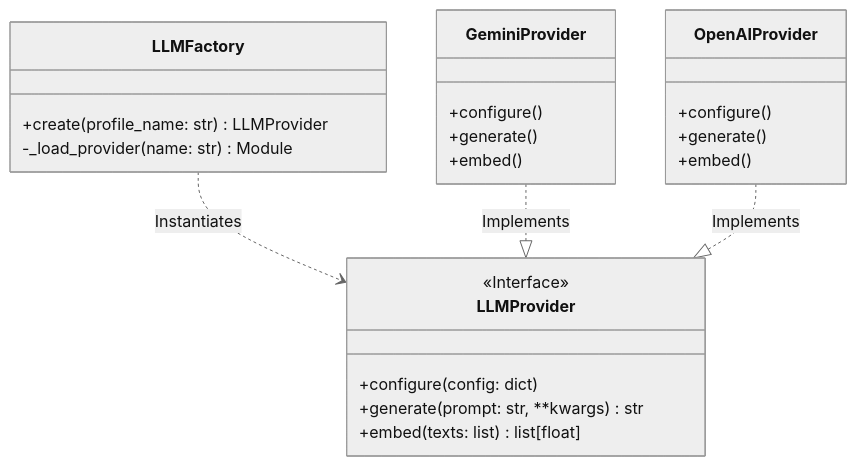
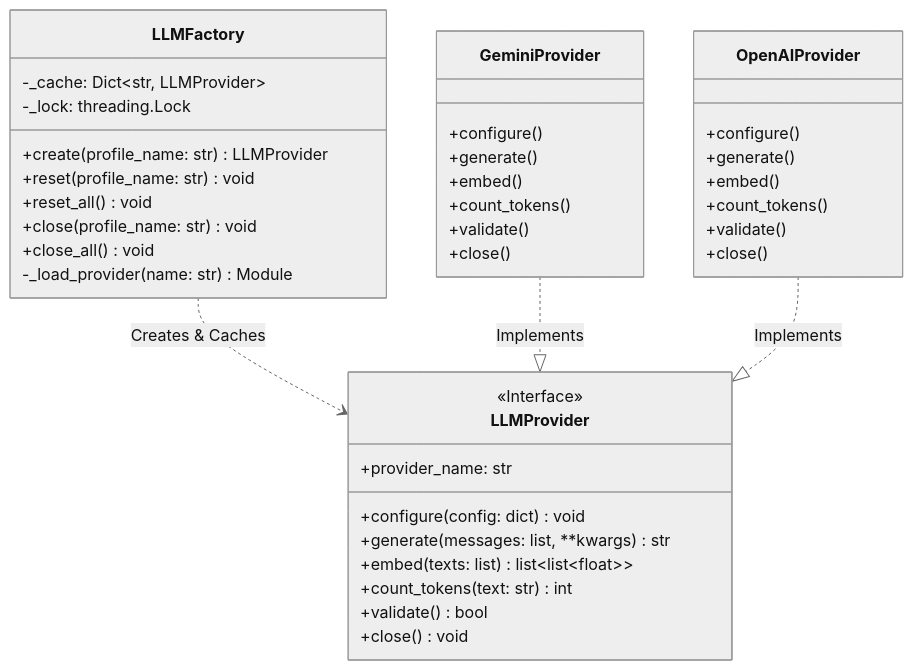
The diagram in docs/specs/01_06_llm_binding_spec.md (sbula/flowManager), drawn with Mermaid (neutral theme) before and after one commit. The commit also changed other lines of this file and 1 other file, not shown here.

````diff
--- a/docs/specs/01_06_llm_binding_spec.md
+++ b/docs/specs/01_06_llm_binding_spec.md
@@ -20,30 +25,46 @@
 ```mermaid
 classDiagram
     class LLMFactory {
         +create(profile_name: str) LLMProvider
+        +reset(profile_name: str) void
+        +reset_all() void
+        +close(profile_name: str) void
+        +close_all() void
         -_load_provider(name: str) Module
+        -_cache: Dict~str, LLMProvider~
+        -_lock: threading.Lock
     }
 
     class LLMProvider {
         <<Interface>>
-        +configure(config: dict)
-        +generate(prompt: str, **kwargs) str
-        +embed(texts: list) list[float]
+        +provider_name: str
+        +configure(config: dict) void
+        +generate(messages: list, **kwargs) str
+        +embed(texts: list) list~list~float~~
+        +count_tokens(text: str) int
+        +validate() bool
+        +close() void
     }
 
     class GeminiProvider {
         +configure()
         +generate()
         +embed()
+        +count_tokens()
+        +validate()
+        +close()
     }
 
     class OpenAIProvider {
         +configure()
         +generate()
         +embed()
+        +count_tokens()
+        +validate()
+        +close()
     }
 
-    LLMFactory ..> LLMProvider : Instantiates
+    LLMFactory ..> LLMProvider : Creates & Caches
     GeminiProvider ..|> LLMProvider : Implements
     OpenAIProvider ..|> LLMProvider : Implements
 ```
````
